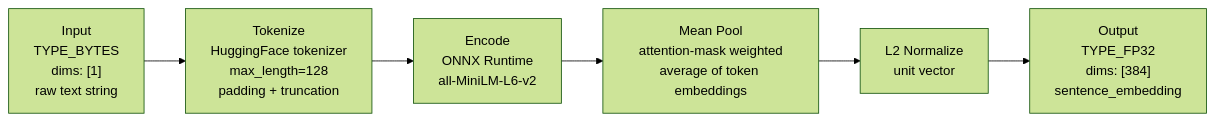
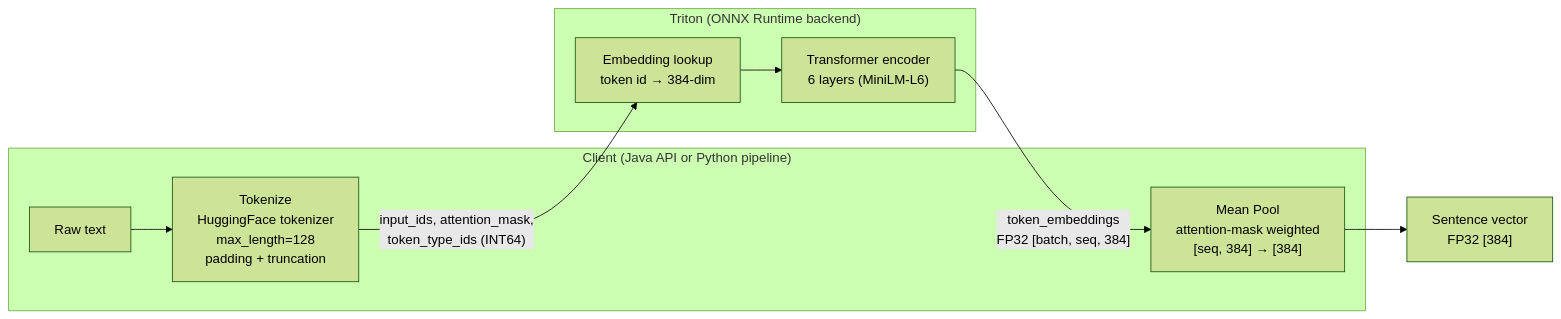
The diagram in docs/arch/triton.md (atefft/movie-semantic-search), drawn with Mermaid (forest theme) before and after one commit. The commit also changed other lines of this file, not shown here.

First line of the commit message:
Fix stale triton arch doc to reflect ONNX Runtime backend

````diff
--- a/docs/arch/triton.md
+++ b/docs/arch/triton.md
@@ -5,11 +5,19 @@
 ```mermaid
 flowchart LR
-  IN["Input\nTYPE_BYTES\ndims: [1]\nraw text string"]
-  TOK["Tokenize\nHuggingFace tokenizer\nmax_length=128\npadding + truncation"]
-  ENC["Encode\nONNX Runtime\nall-MiniLM-L6-v2"]
-  POOL["Mean Pool\nattention-mask weighted\naverage of token embeddings"]
-  NORM["L2 Normalize\nunit vector"]
-  OUT["Output\nTYPE_FP32\ndims: [384]\nsentence_embedding"]
+  subgraph Client["Client (Java API or Python pipeline)"]
+    TXT["Raw text"]
+    TOK["Tokenize\nHuggingFace tokenizer\nmax_length=128\npadding + truncation"]
+    POOL["Mean Pool\nattention-mask weighted\n[seq, 384] → [384]"]
+  end
 
-  IN --> TOK --> ENC --> POOL --> NORM --> OUT
+  subgraph Triton["Triton (ONNX Runtime backend)"]
+    LOOKUP["Embedding lookup\ntoken id → 384-dim"]
+    ENC["Transformer encoder\n6 layers (MiniLM-L6)"]
+  end
+
+  TXT --> TOK
+  TOK -->|"input_ids, attention_mask,\ntoken_type_ids (INT64)"| LOOKUP
+  LOOKUP --> ENC
+  ENC -->|"token_embeddings\nFP32 [batch, seq, 384]"| POOL
+  POOL --> VEC["Sentence vector\nFP32 [384]"]
 ```
````
